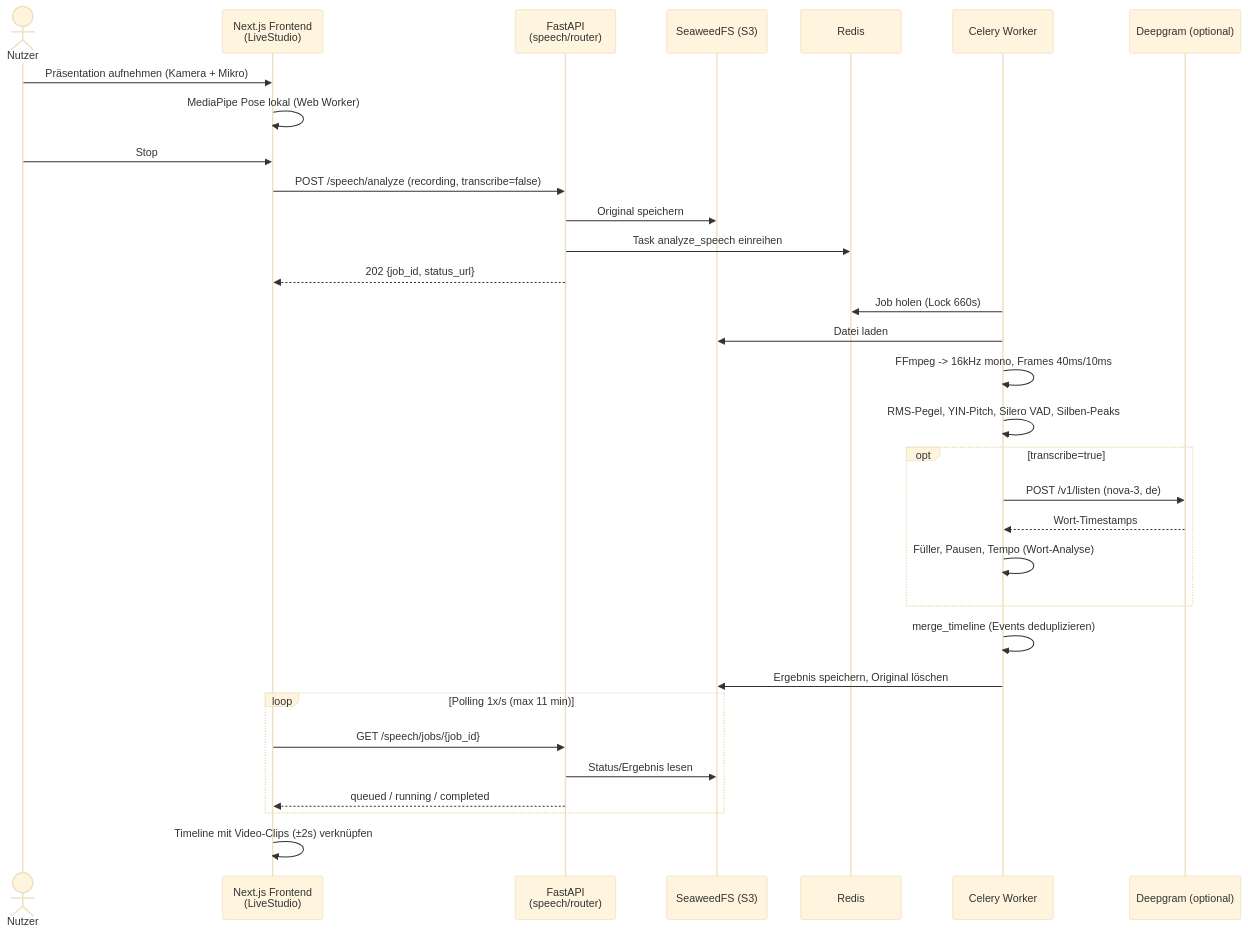
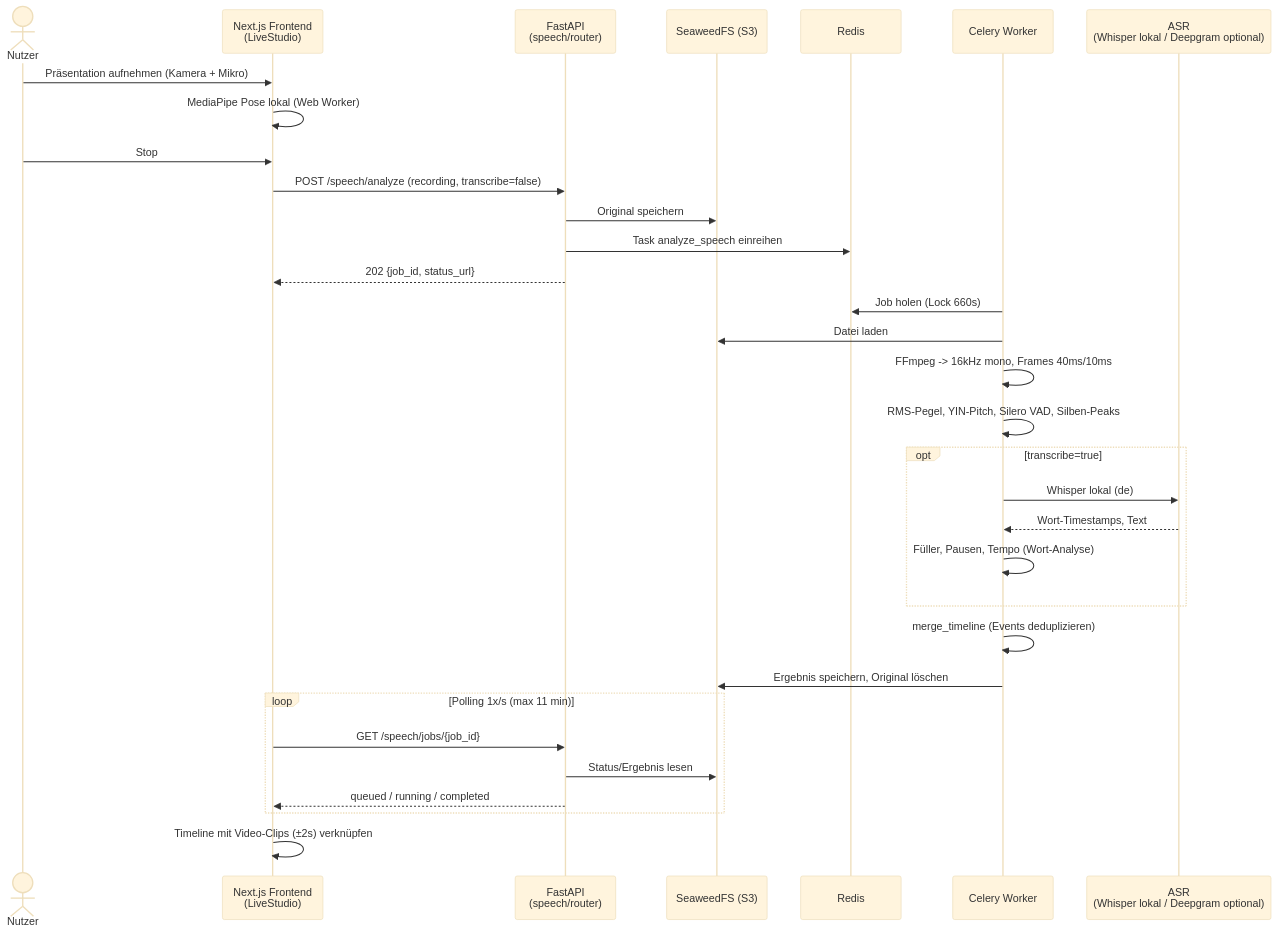
One commit to johannes3502/hackathon-fulda changed the third of 9 diagrams in docs/03-architecture.md. Above: the diagram before and after it, drawn with Mermaid (base theme). The commit also changed other lines of this file, not shown here.

Commit message:
Sync architecture docs with local Whisper default

````diff
--- a/docs/03-architecture.md
+++ b/docs/03-architecture.md
@@ -109,37 +109,37 @@
 ```mermaid
 sequenceDiagram
     actor U as Nutzer
     participant FE as Next.js Frontend<br/>(LiveStudio)
     participant BE as FastAPI<br/>(speech/router)
     participant S3 as SeaweedFS (S3)
     participant R as Redis
     participant W as Celery Worker
-    participant DG as Deepgram (optional)
+    participant ASR as ASR<br/>(Whisper lokal / Deepgram optional)
 
     U->>FE: Präsentation aufnehmen (Kamera + Mikro)
     FE->>FE: MediaPipe Pose lokal (Web Worker)
     U->>FE: Stop
     FE->>BE: POST /speech/analyze (recording, transcribe=false)
     BE->>S3: Original speichern
     BE->>R: Task analyze_speech einreihen
     BE-->>FE: 202 {job_id, status_url}
 
     W->>R: Job holen (Lock 660s)
     W->>S3: Datei laden
     W->>W: FFmpeg -> 16kHz mono, Frames 40ms/10ms
     W->>W: RMS-Pegel, YIN-Pitch, Silero VAD, Silben-Peaks
     opt transcribe=true
-        W->>DG: POST /v1/listen (nova-3, de)
-        DG-->>W: Wort-Timestamps
+        W->>ASR: Whisper lokal (de)
+        ASR-->>W: Wort-Timestamps, Text
         W->>W: Füller, Pausen, Tempo (Wort-Analyse)
     end
     W->>W: merge_timeline (Events deduplizieren)
     W->>S3: Ergebnis speichern, Original löschen
 
     loop Polling 1x/s (max 11 min)
         FE->>BE: GET /speech/jobs/{job_id}
         BE->>S3: Status/Ergebnis lesen
         BE-->>FE: queued / running / completed
     end
     FE->>FE: Timeline mit Video-Clips (±2s) verknüpfen
 ```
````
